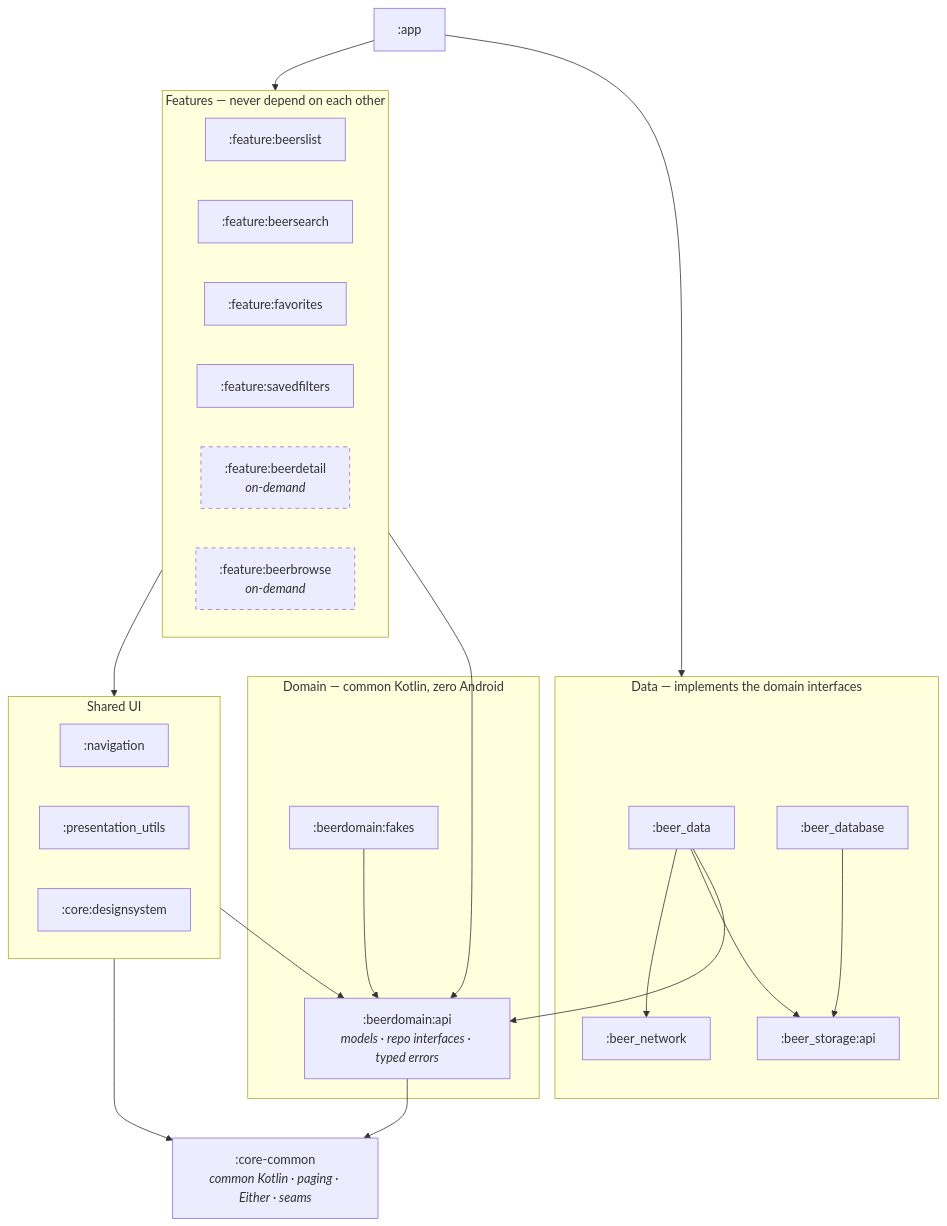
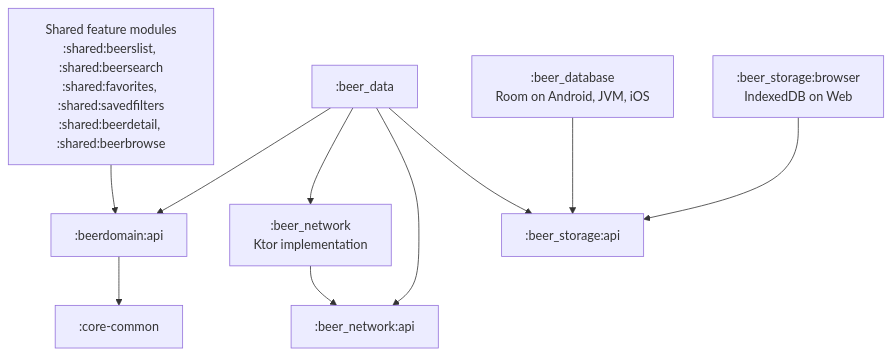
Before and after one commit to simtop/BillionBeers: the second of 2 diagrams in README.md, drawn with Mermaid. The commit also changed other lines of this file and 5 other files, not shown here.

````diff
--- a/README.md
+++ b/README.md
@@ -52,49 +165,22 @@
 ```mermaid
-graph TD
-    App[":app"]
+flowchart TB
+    Screens["Shared feature modules<br/>:shared:beerslist, :shared:beersearch<br/>:shared:favorites, :shared:savedfilters<br/>:shared:beerdetail, :shared:beerbrowse"]
+    Domain[":beerdomain:api"]
+    Common[":core-common"]
+    Data[":beer_data"]
+    Network[":beer_network<br/>Ktor implementation"]
+    NetworkAPI[":beer_network:api"]
+    Storage[":beer_storage:api"]
+    Room[":beer_database<br/>Room on Android, JVM, iOS"]
+    Browser[":beer_storage:browser<br/>IndexedDB on Web"]
 
-    subgraph FEATURES ["Features — never depend on each other"]
-        List[":feature:beerslist"]
-        Search[":feature:beersearch"]
-        Favorites[":feature:favorites"]
-        Presets[":feature:savedfilters"]
-        Detail[":feature:beerdetail<br/><i>on-demand</i>"]
-        Browse[":feature:beerbrowse<br/><i>on-demand</i>"]
-    end
-
-    subgraph SHARED ["Shared UI"]
-        Nav[":navigation"]
-        PresUtils[":presentation_utils"]
-        Design[":core:designsystem"]
-    end
-
-    subgraph DATA ["Data — implements the domain interfaces"]
-        Data[":beer_data"]
-        Network[":beer_network"]
-        Storage[":beer_storage:api"]
-        DB[":beer_database"]
-    end
-
-    subgraph DOMAIN ["Domain — common Kotlin, zero Android"]
-        Api[":beerdomain:api<br/><i>models · repo interfaces · typed errors</i>"]
-        Fakes[":beerdomain:fakes"]
-    end
-
-    CoreCommon[":core-common<br/><i>common Kotlin · paging · Either · seams</i>"]
-
-    App --> FEATURES
-    App --> DATA
-    FEATURES --> SHARED
-    FEATURES --> Api
-    SHARED --> Api
+    Screens --> Domain
+    Data --> Domain
+    Domain --> Common
     Data --> Network
+    Data --> NetworkAPI
+    Network --> NetworkAPI
     Data --> Storage
-    DB --> Storage
-    Data --> Api
-    Fakes --> Api
-    Api --> CoreCommon
-    SHARED --> CoreCommon
-
-    classDef dyn stroke-dasharray: 5 5
-    class Detail,Browse dyn
+    Room --> Storage
+    Browser --> Storage
 ```
````
